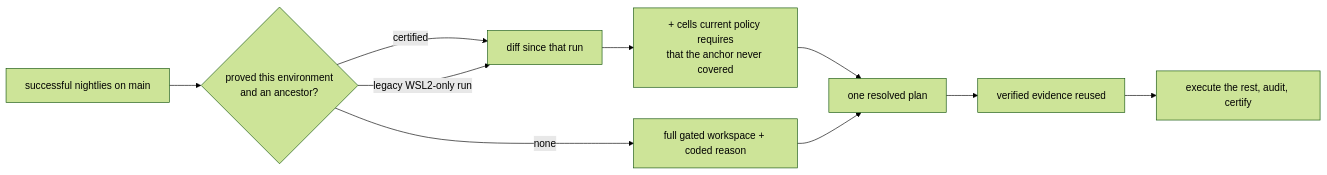
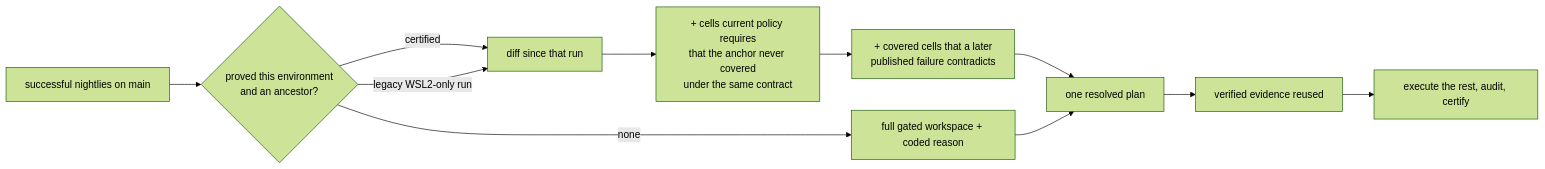
The second of 6 diagrams in docs/topics/ci-cd.md (yankeeinlondon/rusty-biscuit), drawn with Mermaid (forest theme) before and after one commit. The commit also changed other lines of this file and 6 other files, not shown here.

````diff
--- a/docs/topics/ci-cd.md
+++ b/docs/topics/ci-cd.md
@@ -241,12 +252,13 @@
 ```mermaid
 flowchart LR
     Runs[successful nightlies on main] --> Anchor{proved this environment<br/>and an ancestor?}
     Anchor -->|certified| Inc[diff since that run]
     Anchor -->|legacy WSL2-only run| Inc
     Anchor -->|none| Full[full gated workspace + coded reason]
-    Inc --> Delta[+ cells current policy requires<br/>that the anchor never covered]
-    Delta --> Plan[one resolved plan]
+    Inc --> Delta[+ cells current policy requires<br/>that the anchor never covered<br/>under the same contract]
+    Delta --> Reopen[+ covered cells that a later<br/>published failure contradicts]
+    Reopen --> Plan[one resolved plan]
     Full --> Plan
     Plan --> Verify[verified evidence reused]
     Verify --> Run[execute the rest, audit, certify]
 ```
````
